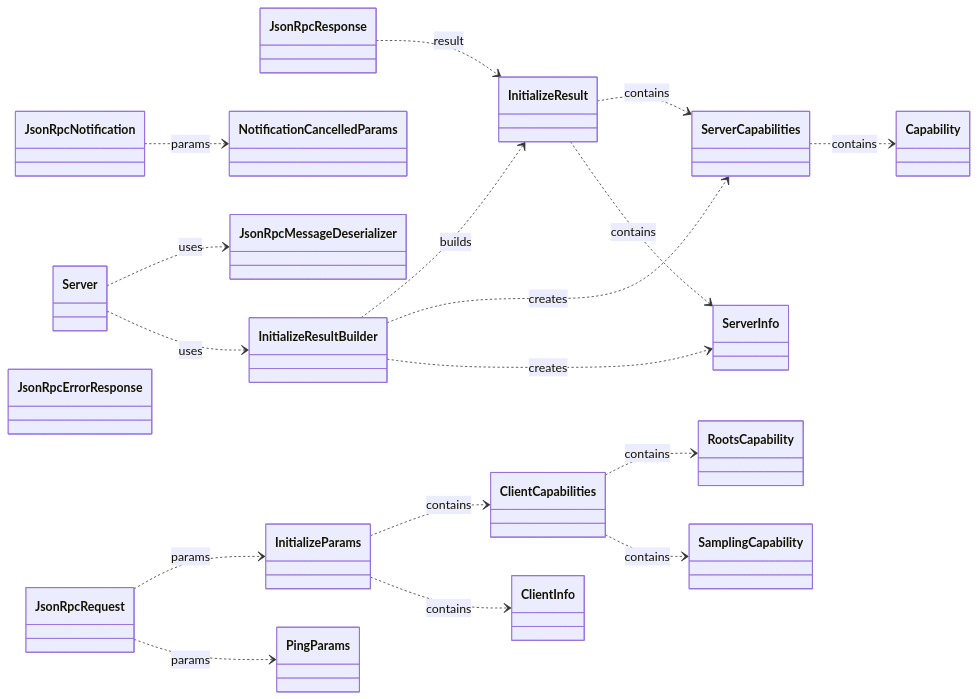
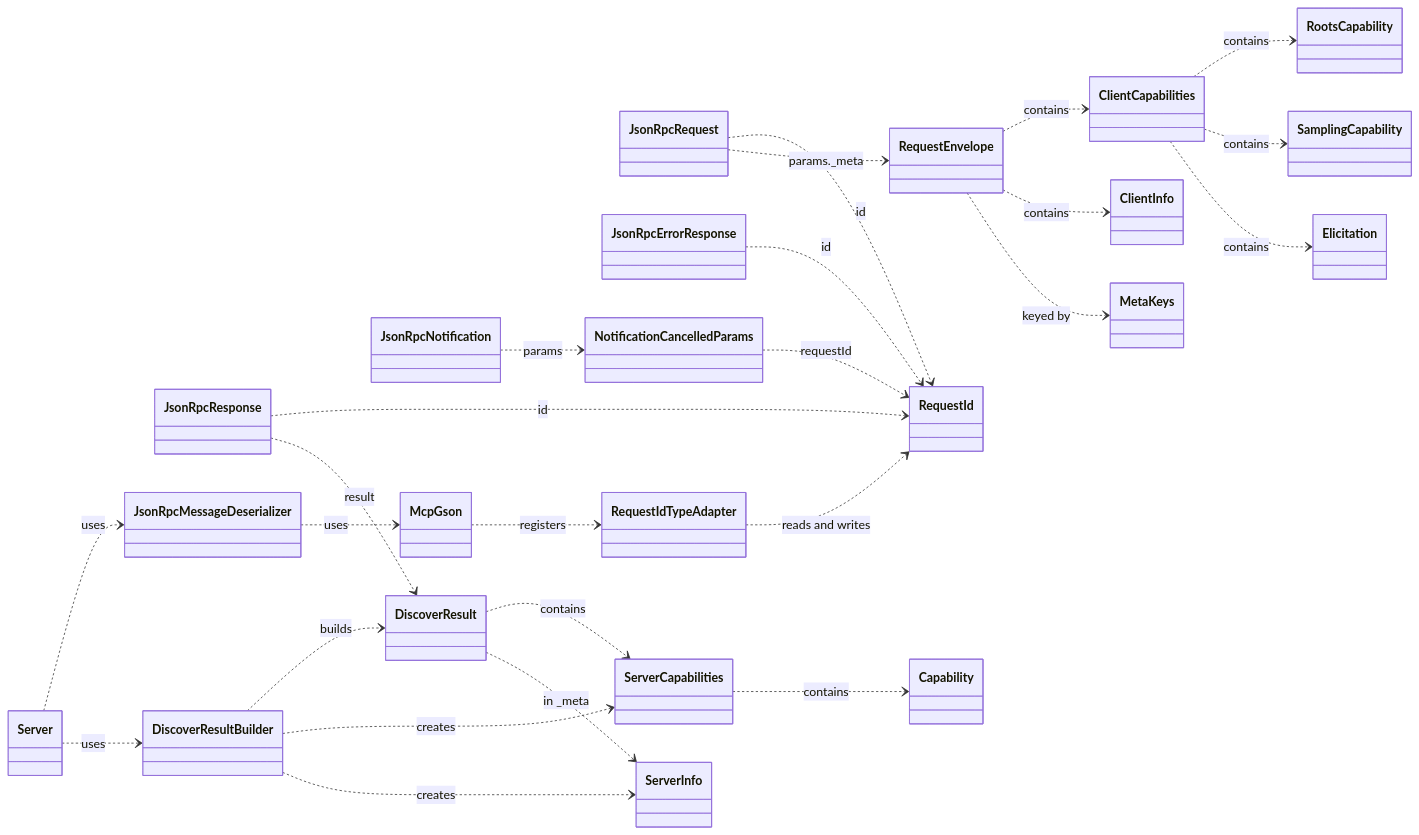
Before and after one commit to David-Parry/agent-mcp-workshop: the diagram in lessons/03-class-diagram.md, drawn with Mermaid. The commit also changed other lines of this file and 216 other files, not shown here.

````diff
--- a/lessons/03-class-diagram.md
+++ b/lessons/03-class-diagram.md
@@ -3,55 +3,69 @@
 ```mermaid
 classDiagram
     direction LR
-    
+
     %% JsonRpc Classes
     class JsonRpcRequest
     class JsonRpcResponse
     class JsonRpcNotification
     class JsonRpcErrorResponse
-    
+
+    %% Identity — an id is a string or a number
+    class RequestId
+    class RequestIdTypeAdapter
+    class McpGson
+
     %% Core Protocol Classes
-    class InitializeResult
-    class InitializeParams
+    class DiscoverResult
+    class RequestEnvelope
     class NotificationCancelledParams
-    class PingParams
-    
+
     %% Supporting Classes
     class ServerCapabilities
     class ClientCapabilities
     class ServerInfo
     class ClientInfo
     class Capability
     class RootsCapability
     class SamplingCapability
-    
+    class Elicitation
+    class MetaKeys
+
     %% Server and related
     class Server
     class JsonRpcMessageDeserializer
-    class InitializeResultBuilder
-    
+    class DiscoverResultBuilder
+
     %% Relationships
-    JsonRpcRequest ..> InitializeParams : params
-    JsonRpcRequest ..> PingParams : params
-    
-    JsonRpcResponse ..> InitializeResult : result
-    
+    JsonRpcRequest ..> RequestId : id
+    JsonRpcResponse ..> RequestId : id
+    JsonRpcErrorResponse ..> RequestId : id
+    RequestIdTypeAdapter ..> RequestId : reads and writes
+    McpGson ..> RequestIdTypeAdapter : registers
+
+    JsonRpcRequest ..> RequestEnvelope : params._meta
+    JsonRpcResponse ..> DiscoverResult : result
+
     JsonRpcNotification ..> NotificationCancelledParams : params
-    
-    InitializeResult ..> ServerCapabilities : contains
-    InitializeResult ..> ServerInfo : contains
-    
-    InitializeParams ..> ClientCapabilities : contains
-    InitializeParams ..> ClientInfo : contains
-    
+    NotificationCancelledParams ..> RequestId : requestId
+
+    DiscoverResult ..> ServerCapabilities : contains
+    DiscoverResult ..> ServerInfo : in _meta
+
+    RequestEnvelope ..> ClientCapabilities : contains
+    RequestEnvelope ..> ClientInfo : contains
+    RequestEnvelope ..> MetaKeys : keyed by
+
     ServerCapabilities ..> Capability : contains
     ClientCapabilities ..> RootsCapability : contains
     ClientCapabilities ..> SamplingCapability : contains
-    
+    ClientCapabilities ..> Elicitation : contains
+
     Server ..> JsonRpcMessageDeserializer : uses
-    Server ..> InitializeResultBuilder : uses
-    
-    InitializeResultBuilder ..> InitializeResult : builds
-    InitializeResultBuilder ..> ServerCapabilities : creates
-    InitializeResultBuilder ..> ServerInfo : creates
+    Server ..> DiscoverResultBuilder : uses
+    JsonRpcMessageDeserializer ..> McpGson : uses
+
+    DiscoverResultBuilder ..> DiscoverResult : builds
+    DiscoverResultBuilder ..> ServerCapabilities : creates
+    DiscoverResultBuilder ..> ServerInfo : creates
 ```
````
